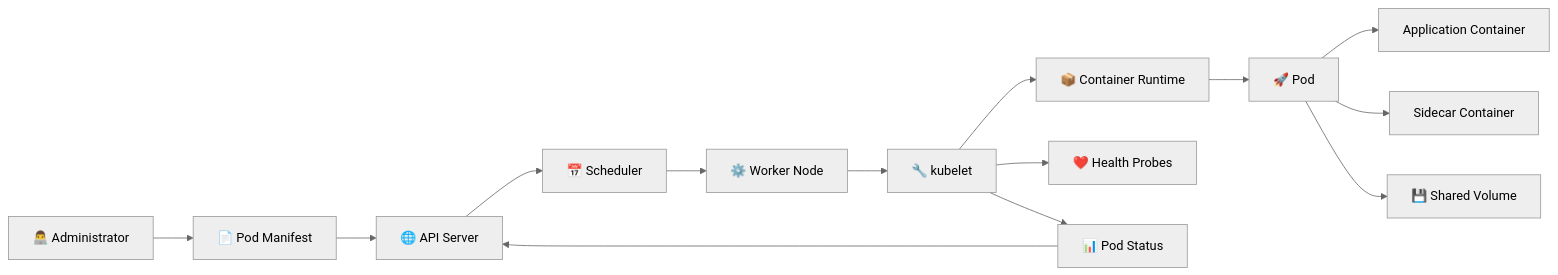
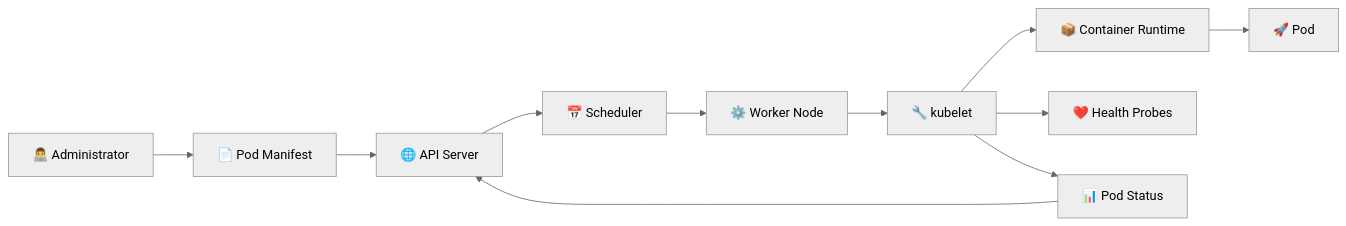
The diagram in 02-Kubernetes/02-Pods/README.md (b-ShakeriFard/dev-ops), drawn with Mermaid (neutral theme) before and after one commit. The commit also changed 10 other files, not shown here.

````diff
--- a/02-Kubernetes/02-Pods/README.md
+++ b/02-Kubernetes/02-Pods/README.md
@@ -15,18 +15,15 @@
 ```mermaid
 flowchart LR
     USER[👨‍💻 Administrator] --> YAML[📄 Pod Manifest]
     YAML --> API[🌐 API Server]
     API --> SCHED[📅 Scheduler]
     SCHED --> NODE[⚙️ Worker Node]
     NODE --> KUBELET[🔧 kubelet]
     KUBELET --> RUNTIME[📦 Container Runtime]
     RUNTIME --> POD[🚀 Pod]
 
-    POD --> APP[Application Container]
-    POD --> SIDE[Sidecar Container]
-    POD --> VOL[💾 Shared Volume]
 
     KUBELET --> PROBES[❤️ Health Probes]
     KUBELET --> STATUS[📊 Pod Status]
     STATUS --> API
 ```
````
